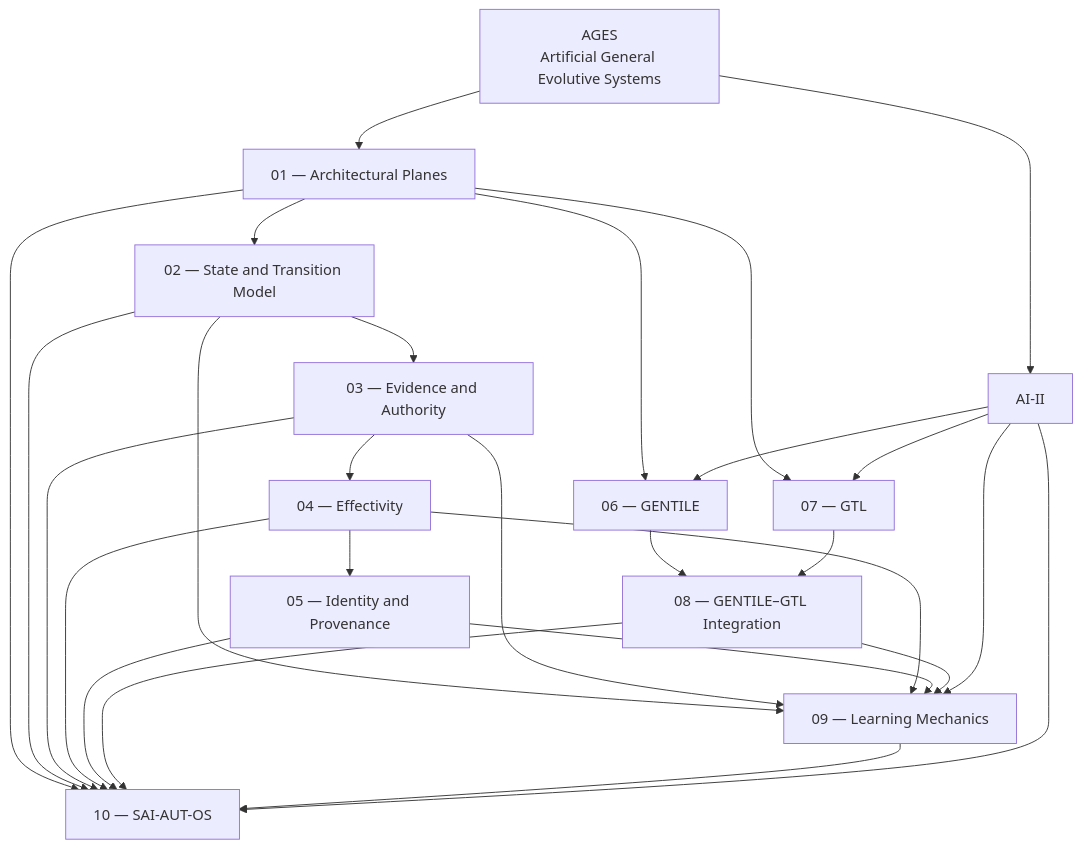
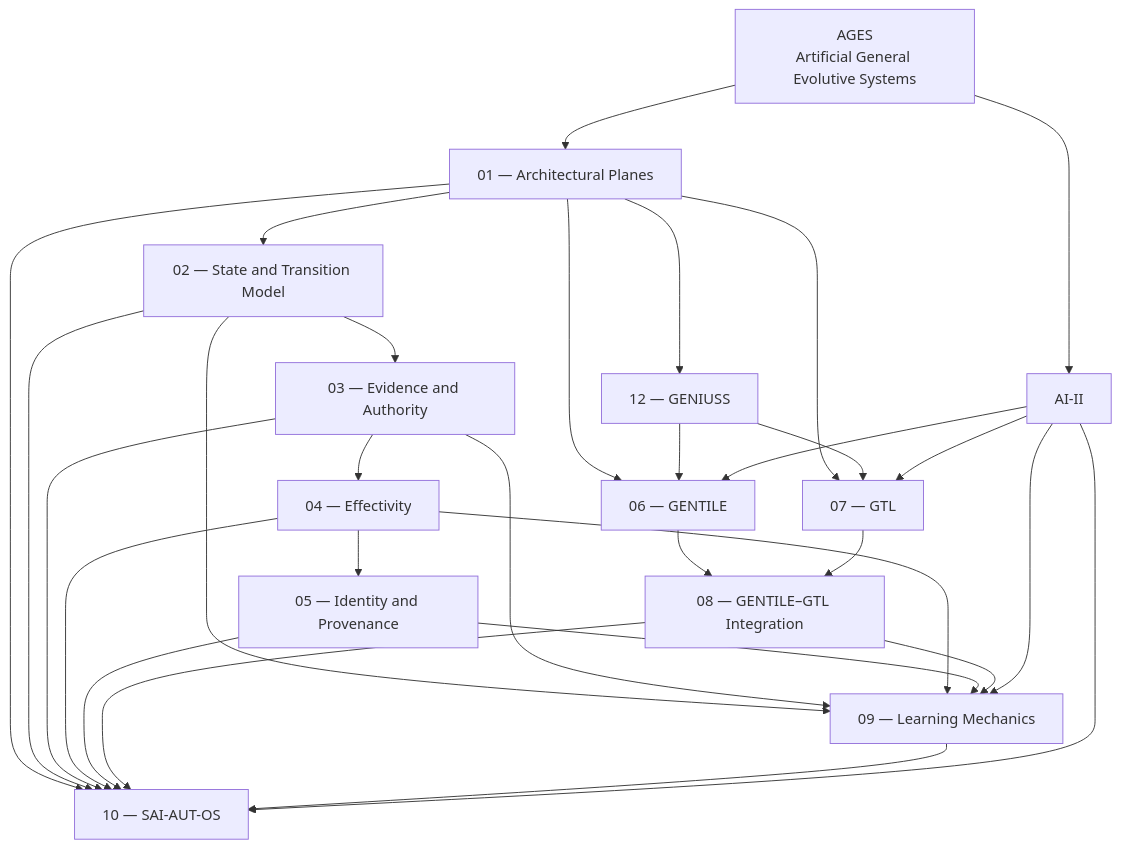
Before and after one commit to AmedeoPelliccia/AGES: the diagram in architecture/README.md, drawn with Mermaid. The commit also changed other lines of this file and 12 other files, not shown here.

````diff
--- a/architecture/README.md
+++ b/architecture/README.md
@@ -76,49 +81,53 @@
 ```mermaid
 flowchart TB
     AGES["AGES<br/>Artificial General Evolutive Systems"]
 
     PLANES["01 — Architectural Planes"]
     STATE["02 — State and Transition Model"]
     EVID["03 — Evidence and Authority"]
     EFF["04 — Effectivity"]
     IDP["05 — Identity and Provenance"]
 
+    GENI["12 — GENIUSS"]
     GENT["06 — GENTILE"]
     GTL["07 — GTL"]
     INT["08 — GENTILE–GTL Integration"]
     LEARN["09 — Learning Mechanics"]
 
     SAUT["10 — SAI-AUT-OS"]
     AIII["AI-II"]
 
     AGES --> PLANES
     PLANES --> STATE
     STATE --> EVID
     EVID --> EFF
     EFF --> IDP
 
+    PLANES --> GENI
     PLANES --> GENT
     PLANES --> GTL
+    GENI --> GENT
+    GENI --> GTL
     GENT --> INT
     GTL --> INT
 
     STATE --> LEARN
     EVID --> LEARN
     EFF --> LEARN
     IDP --> LEARN
     INT --> LEARN
 
     PLANES --> SAUT
     STATE --> SAUT
     EVID --> SAUT
     EFF --> SAUT
     IDP --> SAUT
     INT --> SAUT
     LEARN --> SAUT
 
     AGES --> AIII
     AIII --> GENT
     AIII --> GTL
     AIII --> LEARN
     AIII --> SAUT
 ```
````
